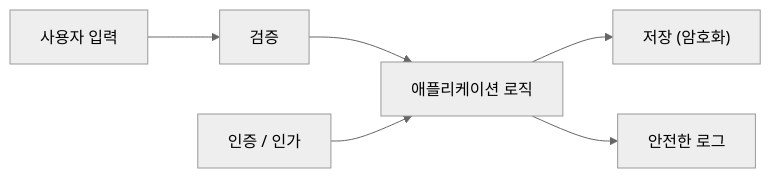
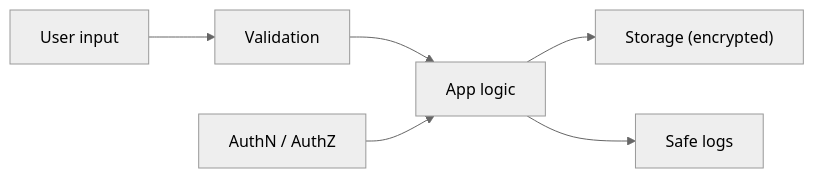
One commit to yeongseon-books/book-content changed the diagram in content/secure-coding-101/ko/01-what-is-secure-coding.md. Above: the diagram before and after it, drawn with Mermaid (neutral theme). The commit also changed other lines of this file and 9 other files, not shown here.

````diff
--- a/content/secure-coding-101/ko/01-what-is-secure-coding.md
+++ b/content/secure-coding-101/ko/01-what-is-secure-coding.md
@@ -35,8 +49,8 @@
 ```mermaid
 flowchart LR
-    User["사용자 입력"] --> Validate["검증"]
-    Validate --> Logic["애플리케이션 로직"]
-    Logic --> Storage["저장 (암호화)"]
-    Logic --> Logs["안전한 로그"]
-    Auth["인증 / 인가"] --> Logic
+    User["User input"] --> Validate["Validation"]
+    Validate --> Logic["App logic"]
+    Logic --> Storage["Storage (encrypted)"]
+    Logic --> Logs["Safe logs"]
+    Auth["AuthN / AuthZ"] --> Logic
 ```
````
